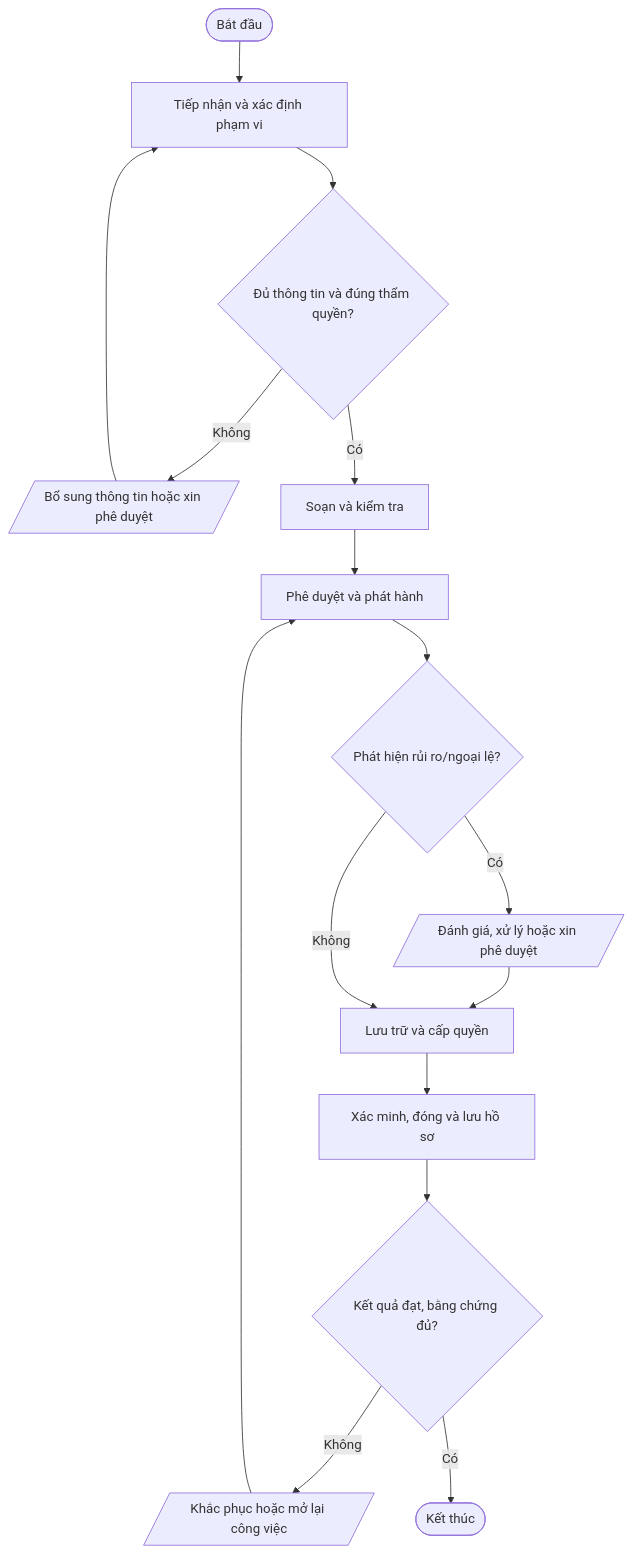
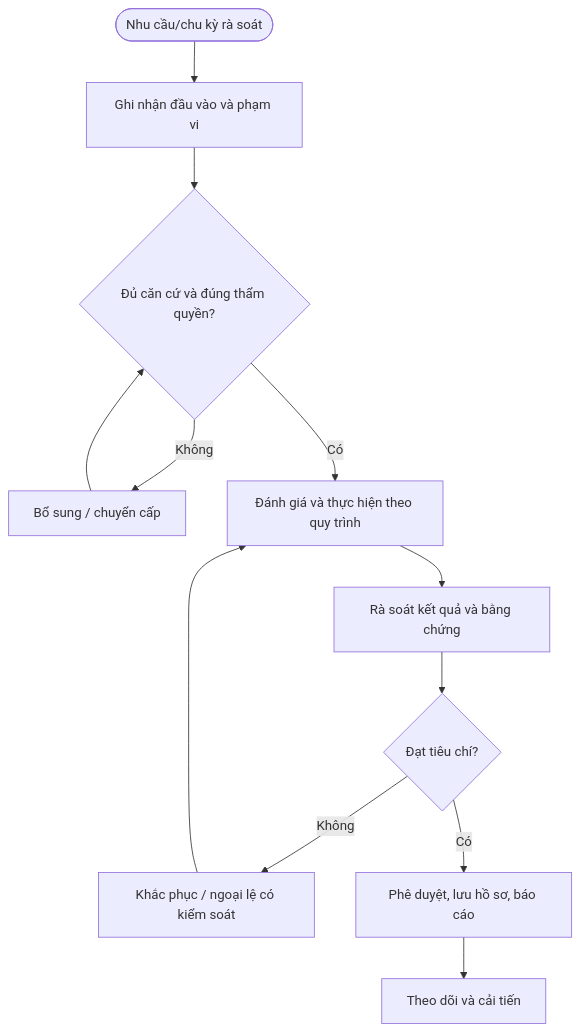
One commit to daoaigiangnam/Quy_Trinh_Chuan changed the diagram in quy-trinh/chi-tiet/QT-ISMS-02.md. Above: the diagram before and after it, drawn with Mermaid. The commit also changed other lines of this file, not shown here.

````diff
--- a/quy-trinh/chi-tiet/QT-ISMS-02.md
+++ b/quy-trinh/chi-tiet/QT-ISMS-02.md
@@ -31,18 +120,14 @@
 ```mermaid
 flowchart TD
-  A([Bắt đầu]) --> S1["Tiếp nhận và xác định phạm vi"]
-  S1 --> D1{"Đủ thông tin và đúng thẩm quyền?"}
-  D1 -- Không --> F1[/"Bổ sung thông tin hoặc xin phê duyệt"/]
-  F1 --> S1
-  D1 -- Có --> S2["Soạn và kiểm tra"]
-  S2 --> S3["Phê duyệt và phát hành"]
-  S3 --> D2{"Phát hiện rủi ro/ngoại lệ?"}
-  D2 -- Có --> RISK[/"Đánh giá, xử lý hoặc xin phê duyệt"/]
-  RISK --> S4["Lưu trữ và cấp quyền"]
-  D2 -- Không --> S4
-  S4 --> S5["Xác minh, đóng và lưu hồ sơ"]
-  S5 --> D3{"Kết quả đạt, bằng chứng đủ?"}
-  D3 -- Không --> R[/"Khắc phục hoặc mở lại công việc"/]
-  R --> S3
-  D3 -- Có --> Z([Kết thúc])
+ A([Nhu cầu/chu kỳ rà soát]) --> B[Ghi nhận đầu vào và phạm vi]
+ B --> C{Đủ căn cứ và đúng thẩm quyền?}
+ C -- Không --> D[Bổ sung / chuyển cấp]
+ D --> C
+ C -- Có --> E[Đánh giá và thực hiện theo quy trình]
+ E --> F[Rà soát kết quả và bằng chứng]
+ F --> G{Đạt tiêu chí?}
+ G -- Không --> H[Khắc phục / ngoại lệ có kiểm soát]
+ H --> E
+ G -- Có --> I[Phê duyệt, lưu hồ sơ, báo cáo]
+ I --> J[Theo dõi và cải tiến]
 ```
````
